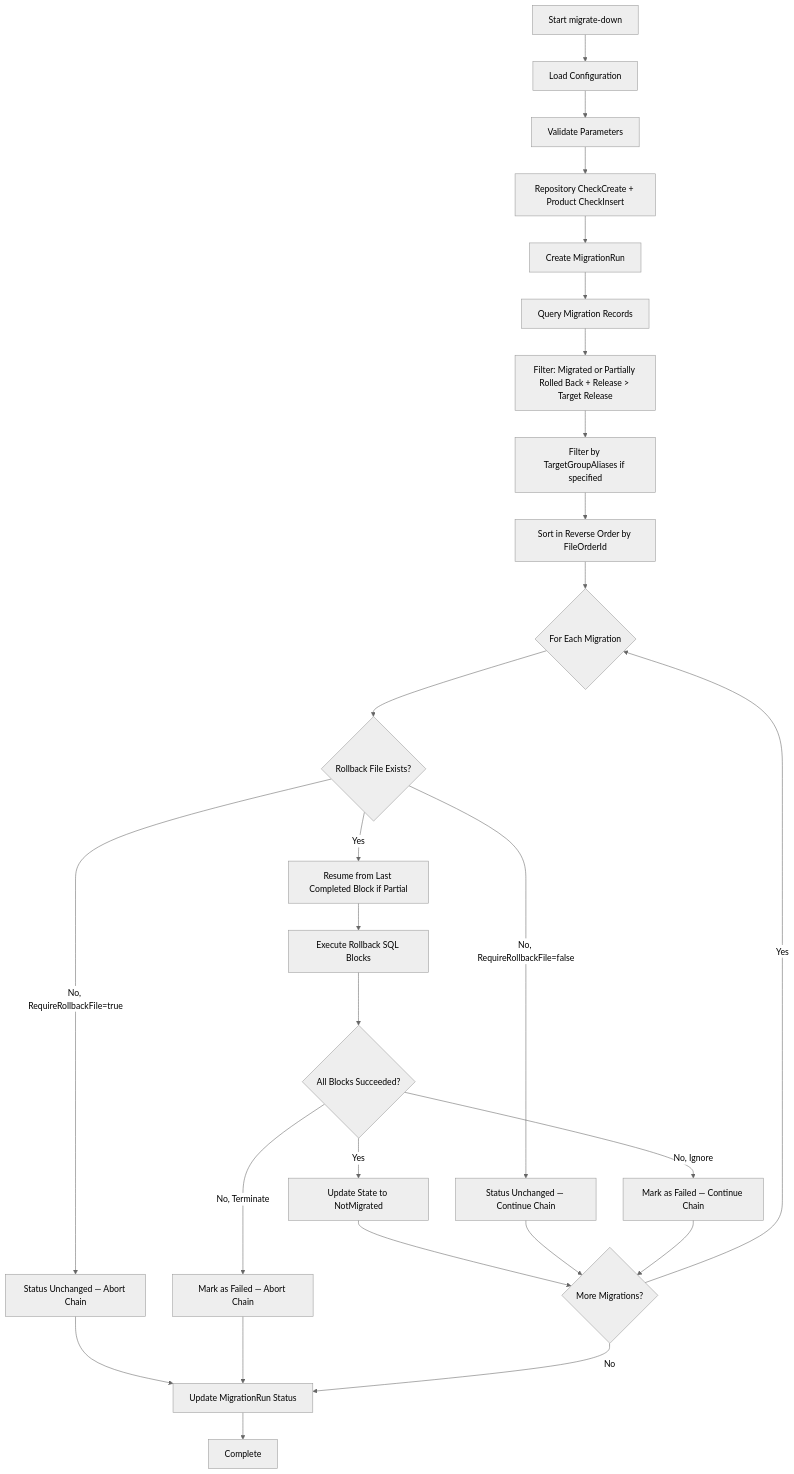
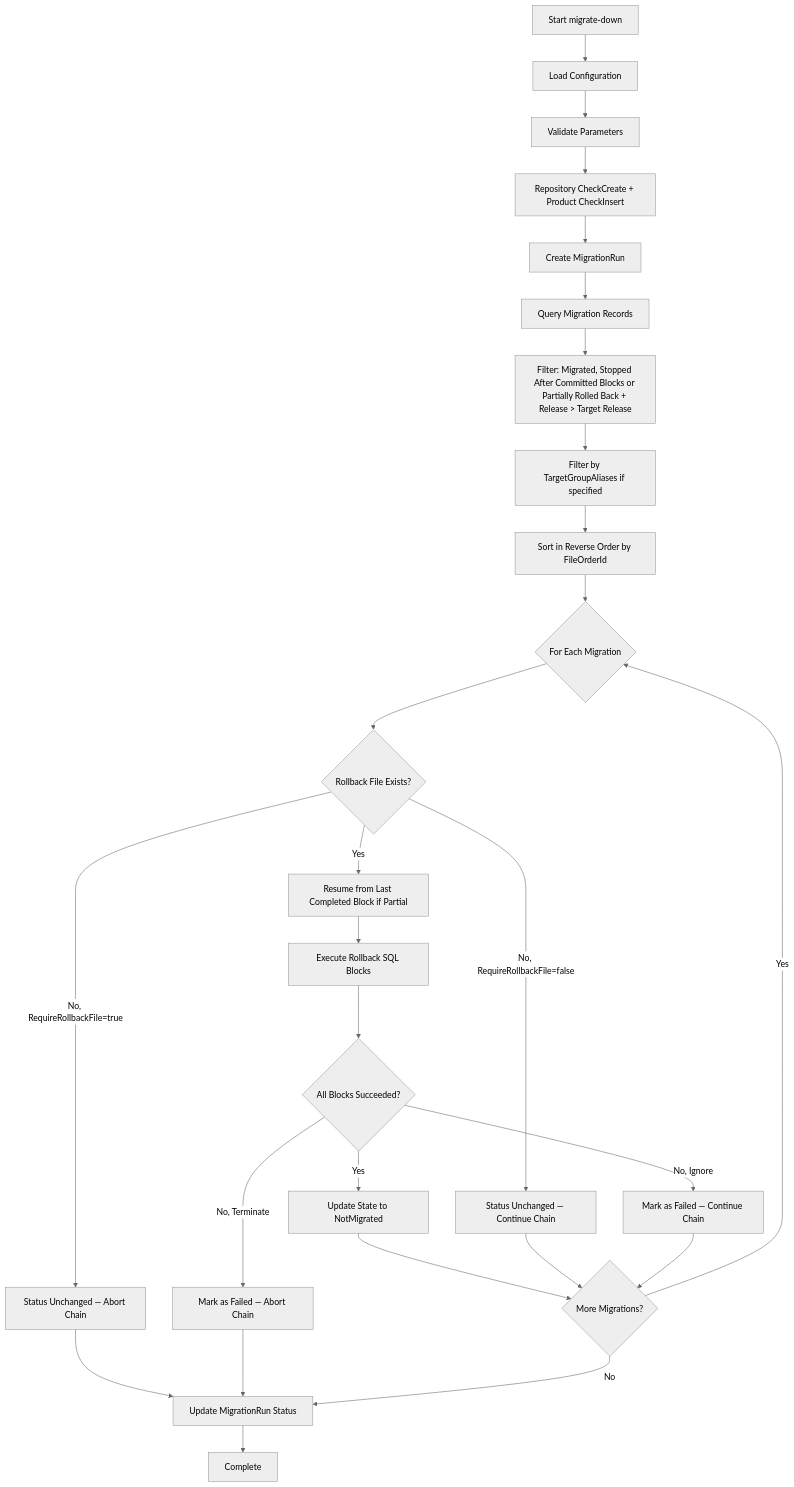
Before and after one commit to RAYCOON/RayMigrator: the diagram in Docs/08-cli-reference/migrate-down.md, drawn with Mermaid (neutral theme). The commit also changed other lines of this file and 31 other files, not shown here.

````diff
--- a/Docs/08-cli-reference/migrate-down.md
+++ b/Docs/08-cli-reference/migrate-down.md
@@ -83,29 +83,29 @@
 ```mermaid
 flowchart TD
     A[Start migrate-down] --> B[Load Configuration]
     B --> C[Validate Parameters]
     C --> D[Repository CheckCreate + Product CheckInsert]
     D --> E[Create MigrationRun]
     E --> H[Query Migration Records]
-    H --> I[Filter: Migrated or Partially Rolled Back + Release > Target Release]
+    H --> I[Filter: Migrated, Stopped After Committed Blocks or Partially Rolled Back + Release > Target Release]
     I --> I2[Filter by TargetGroupAliases if specified]
     I2 --> J[Sort in Reverse Order by FileOrderId]
     J --> K{For Each Migration}
     K --> L{Rollback File Exists?}
     L -->|Yes| L2[Resume from Last Completed Block if Partial]
     L2 --> M[Execute Rollback SQL Blocks]
     L -->|No, RequireRollbackFile=true| N1[Status Unchanged — Abort Chain]
     L -->|No, RequireRollbackFile=false| N2[Status Unchanged — Continue Chain]
     M --> M1{All Blocks Succeeded?}
     M1 -->|Yes| O[Update State to NotMigrated]
     M1 -->|No, Terminate| T[Mark as Failed — Abort Chain]
     M1 -->|No, Ignore| U[Mark as Failed — Continue Chain]
     N1 --> Q[Update MigrationRun Status]
     T --> Q
     O --> P{More Migrations?}
     N2 --> P
     U --> P
     P -->|Yes| K
     P -->|No| Q
     Q --> R[Complete]
 ```
````
